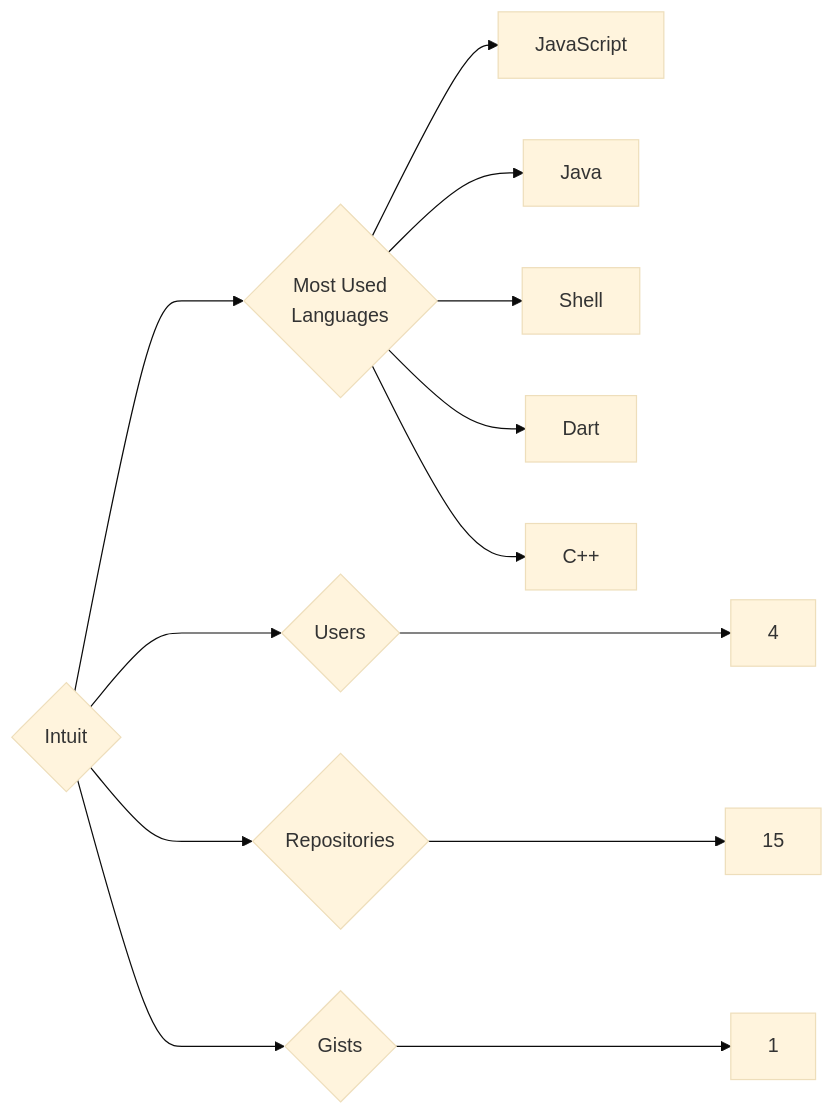
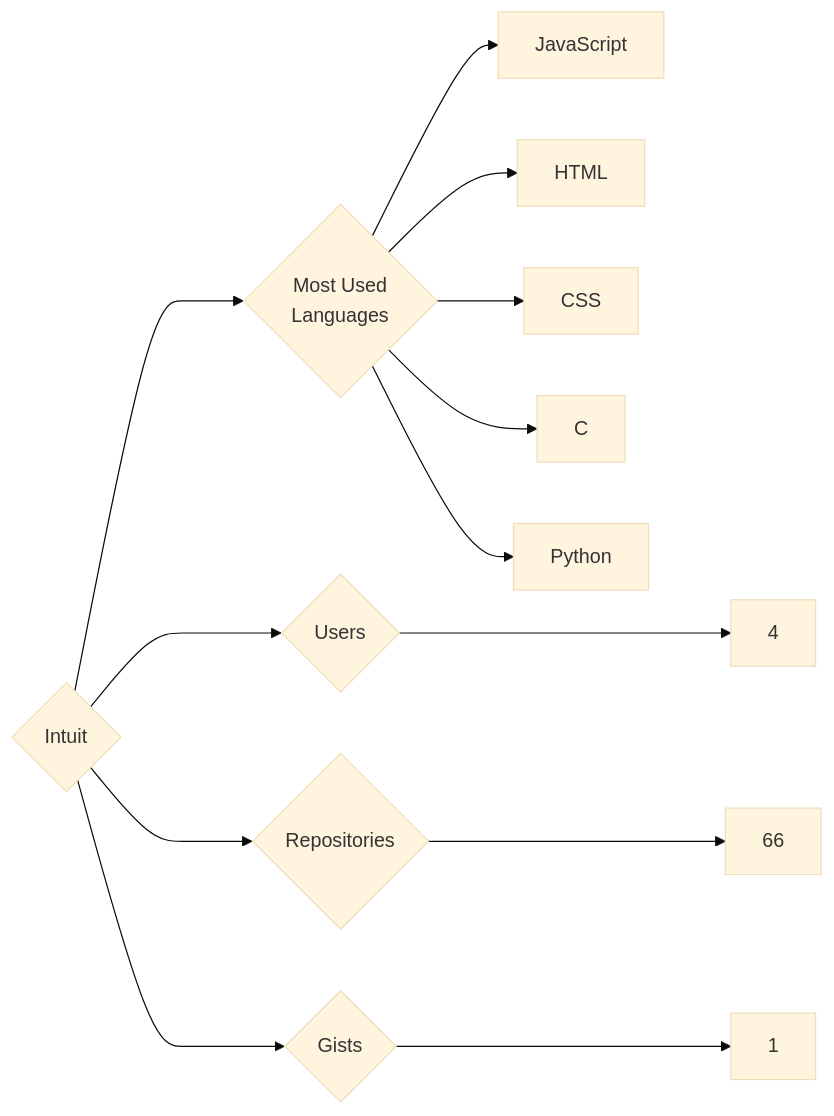
Before and after one commit to trickest/insiders: the diagram in targets/Intuit/README.md, drawn with Mermaid (base theme). The commit also changed 857 other files, not shown here.

````diff
--- a/targets/Intuit/README.md
+++ b/targets/Intuit/README.md
@@ -3,13 +3,13 @@
 ```mermaid
 graph LR
 COMPANY_NAME{Intuit}
 COMPANY_NAME ---> U{Users} ---> UN[4]
-COMPANY_NAME ---> R{Repositories} ---> RN[15]
+COMPANY_NAME ---> R{Repositories} ---> RN[66]
 COMPANY_NAME ---> G{Gists} ---> GN[1]
 COMPANY_NAME ---> ML{Most Used<br>Languages}
 ML --> JavaScript[JavaScript]
-ML --> Java[Java]
-ML --> Shell[Shell]
-ML --> Dart[Dart]
-ML --> C++[C++]
+ML --> HTML[HTML]
+ML --> CSS[CSS]
+ML --> C[C]
+ML --> Python[Python]
 ```
````
